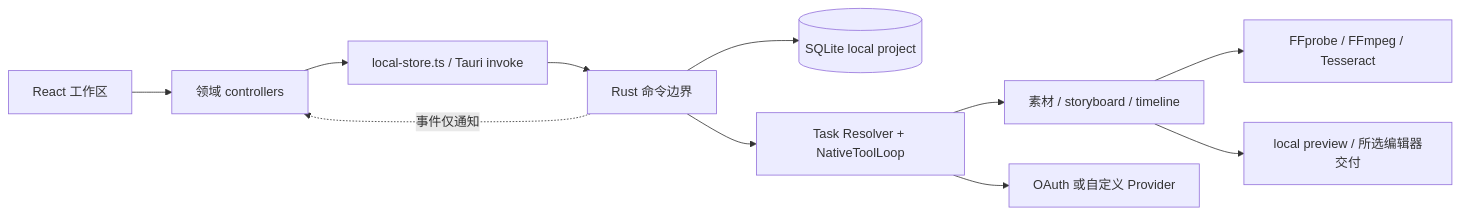
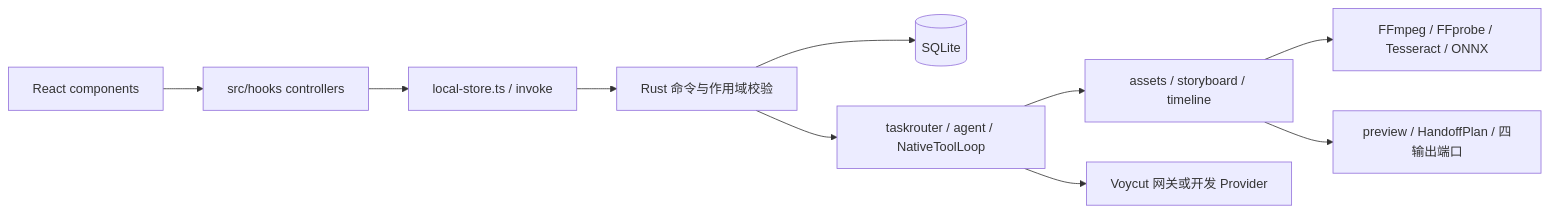
The diagram in docs/codebase/ARCHITECTURE.md (946256344-lab/ai-edit-agent), drawn with Mermaid before and after one commit. The commit also changed other lines of this file and 28 other files, not shown here.

````diff
--- a/docs/codebase/ARCHITECTURE.md
+++ b/docs/codebase/ARCHITECTURE.md
@@ -16,13 +7,12 @@
 ```mermaid
 flowchart LR
-  UI["React 工作区"] --> CTRL["领域 controllers"]
-  CTRL --> BRIDGE["local-store.ts / Tauri invoke"]
-  BRIDGE --> CMD["Rust 命令边界"]
-  CMD --> DB[("SQLite local project")]
-  CMD --> AGENT["Task Resolver + NativeToolLoop"]
-  AGENT --> DOMAIN["素材 / storyboard / timeline"]
-  DOMAIN --> MEDIA["FFprobe / FFmpeg / Tesseract"]
-  AGENT --> MODEL["OAuth 或自定义 Provider"]
-  DOMAIN --> DRAFT["local preview / 所选编辑器交付"]
-  CMD -. "事件仅通知" .-> CTRL
+  UI[React components] --> Controllers[src/hooks controllers]
+  Controllers --> Bridge[local-store.ts / invoke]
+  Bridge --> Commands[Rust 命令与作用域校验]
+  Commands --> DB[(SQLite)]
+  Commands --> Agent[taskrouter / agent / NativeToolLoop]
+  Agent --> Domain[assets / storyboard / timeline]
+  Domain --> Media[FFmpeg / FFprobe / Tesseract / ONNX]
+  Agent --> Provider[Voycut 网关或开发 Provider]
+  Domain --> Artifacts[preview / HandoffPlan / 四输出端口]
 ```
````
